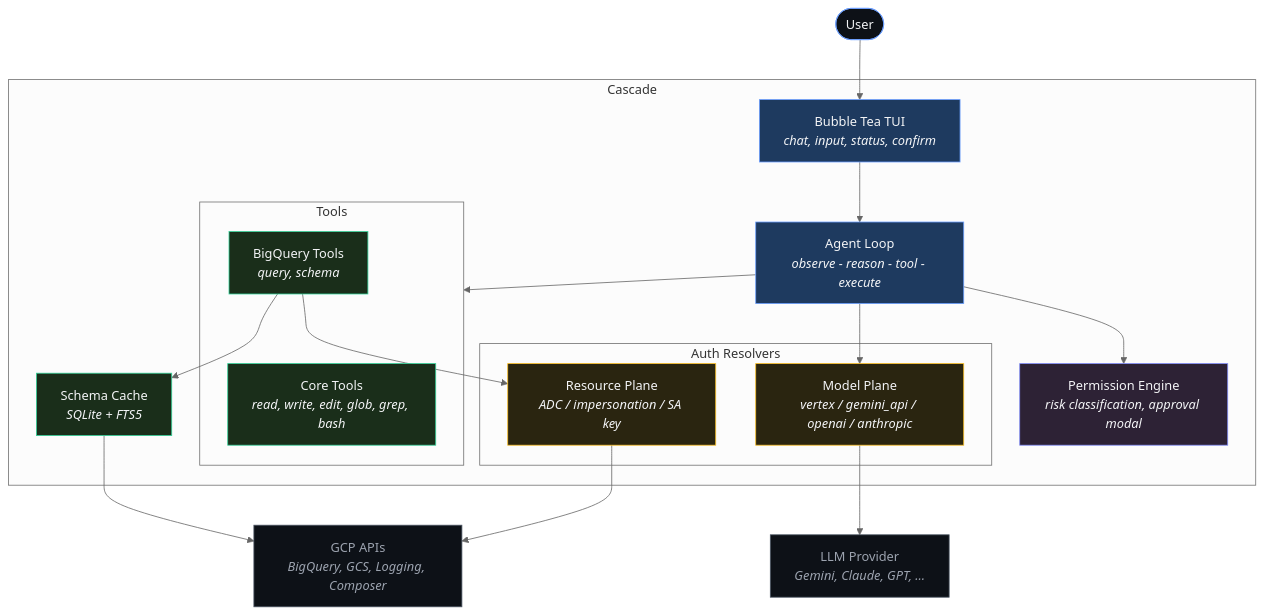
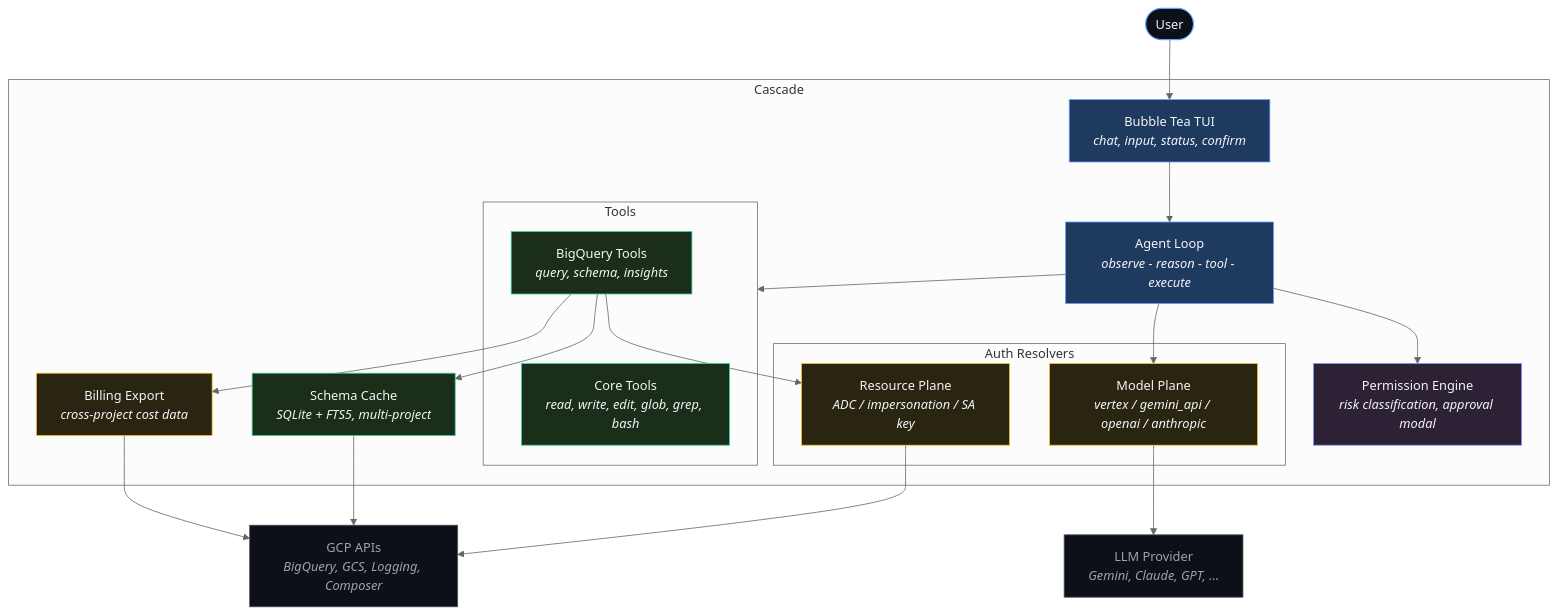
Before and after one commit to yogirk/cascade: the diagram in README.md, drawn with Mermaid (neutral theme). The commit also changed other lines of this file and 9 other files, not shown here.

````diff
--- a/README.md
+++ b/README.md
@@ -147,42 +156,45 @@
 ```mermaid
 graph TD
     User([User]) --> TUI
 
     subgraph Cascade
         TUI[Bubble Tea TUI<br/><i>chat, input, status, confirm</i>]
         TUI --> Agent[Agent Loop<br/><i>observe - reason - tool - execute</i>]
         Agent --> Permissions[Permission Engine<br/><i>risk classification, approval modal</i>]
 
         Agent --> Tools
 
         subgraph Tools
             Core[Core Tools<br/><i>read, write, edit, glob, grep, bash</i>]
-            BQTools[BigQuery Tools<br/><i>query, schema</i>]
+            BQTools[BigQuery Tools<br/><i>query, schema, insights</i>]
         end
 
         subgraph Auth[Auth Resolvers]
             Resource[Resource Plane<br/><i>ADC / impersonation / SA key</i>]
             Model[Model Plane<br/><i>vertex / gemini_api / openai / anthropic</i>]
         end
 
         Agent --> Model
         BQTools --> Resource
-        BQTools --> SchemaCache[Schema Cache<br/><i>SQLite + FTS5</i>]
+        BQTools --> SchemaCache[Schema Cache<br/><i>SQLite + FTS5, multi-project</i>]
+        BQTools --> BillingExport[Billing Export<br/><i>cross-project cost data</i>]
     end
 
     Model --> LLM[LLM Provider<br/><i>Gemini, Claude, GPT, ...</i>]
     Resource --> GCP[GCP APIs<br/><i>BigQuery, GCS, Logging, Composer</i>]
     SchemaCache --> GCP
+    BillingExport --> GCP
 
     style TUI fill:#1e3a5f,stroke:#6B9FFF,color:#F3F4F6
     style Agent fill:#1e3a5f,stroke:#6B9FFF,color:#F3F4F6
     style Permissions fill:#2d2235,stroke:#818CF8,color:#F3F4F6
     style Core fill:#1a2e1a,stroke:#34D399,color:#F3F4F6
     style BQTools fill:#1a2e1a,stroke:#34D399,color:#F3F4F6
     style Resource fill:#2a2510,stroke:#FBBF24,color:#F3F4F6
     style Model fill:#2a2510,stroke:#FBBF24,color:#F3F4F6
     style SchemaCache fill:#1a2e1a,stroke:#34D399,color:#F3F4F6
+    style BillingExport fill:#2a2510,stroke:#FBBF24,color:#F3F4F6
     style LLM fill:#0d1117,stroke:#4B5563,color:#9CA3AF
     style GCP fill:#0d1117,stroke:#4B5563,color:#9CA3AF
     style User fill:#0d1117,stroke:#6B9FFF,color:#F3F4F6
 ```
````
